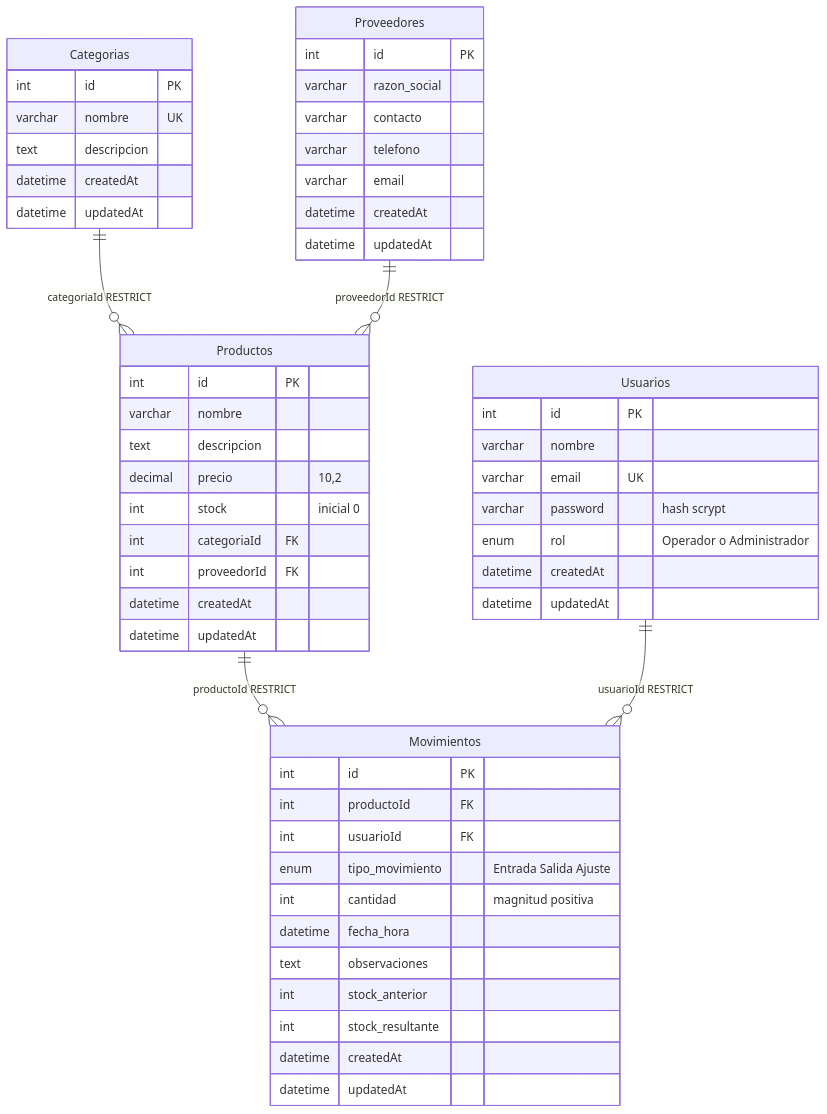
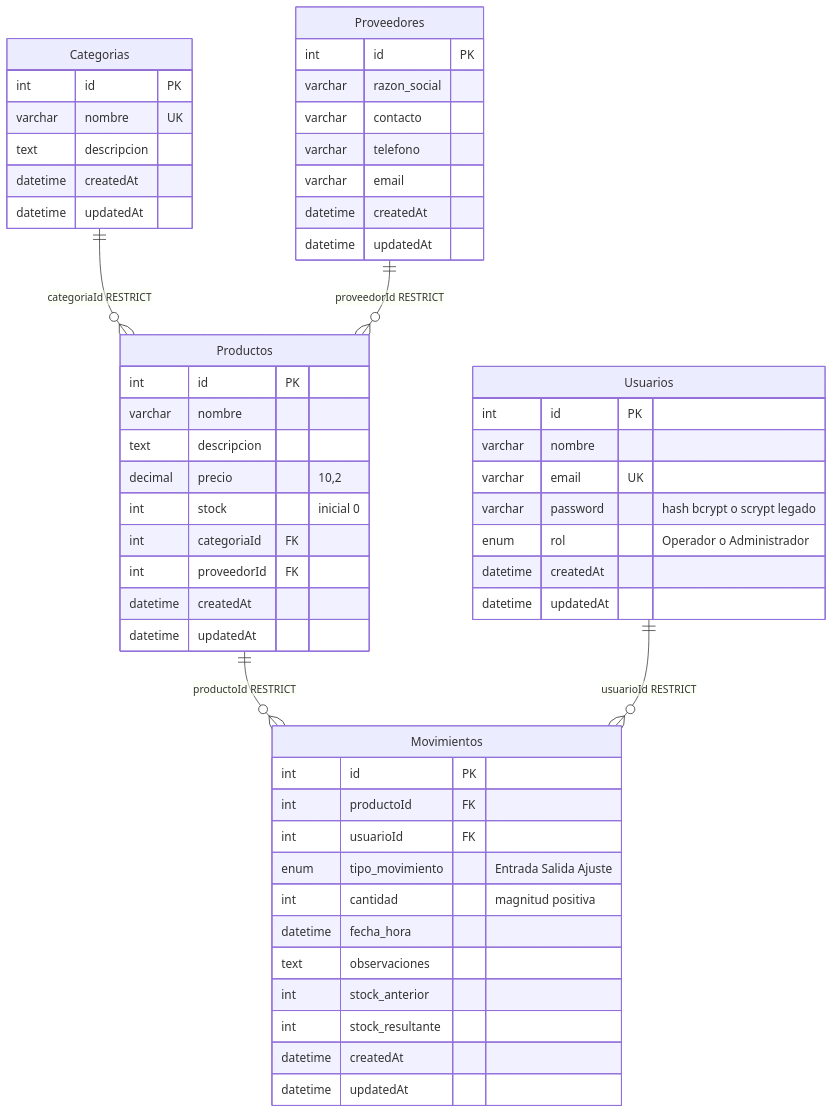
Before and after one commit to tItAnIc-45/MyAPI: the diagram in docs/DER.md, drawn with Mermaid. The commit also changed 20 other files, not shown here.

````diff
--- a/docs/DER.md
+++ b/docs/DER.md
@@ -9,56 +9,56 @@
 ```mermaid
 erDiagram
     Categorias ||--o{ Productos : "categoriaId RESTRICT"
     Proveedores ||--o{ Productos : "proveedorId RESTRICT"
     Productos ||--o{ Movimientos : "productoId RESTRICT"
     Usuarios ||--o{ Movimientos : "usuarioId RESTRICT"
     Categorias {
         int id PK
         varchar nombre UK
         text descripcion
         datetime createdAt
         datetime updatedAt
     }
     Proveedores {
         int id PK
         varchar razon_social
         varchar contacto
         varchar telefono
         varchar email
         datetime createdAt
         datetime updatedAt
     }
     Productos {
         int id PK
         varchar nombre
         text descripcion
         decimal precio "10,2"
         int stock "inicial 0"
         int categoriaId FK
         int proveedorId FK
         datetime createdAt
         datetime updatedAt
     }
     Usuarios {
         int id PK
         varchar nombre
         varchar email UK
-        varchar password "hash scrypt"
+        varchar password "hash bcrypt o scrypt legado"
         enum rol "Operador o Administrador"
         datetime createdAt
         datetime updatedAt
     }
     Movimientos {
         int id PK
         int productoId FK
         int usuarioId FK
         enum tipo_movimiento "Entrada Salida Ajuste"
         int cantidad "magnitud positiva"
         datetime fecha_hora
         text observaciones
         int stock_anterior
         int stock_resultante
         datetime createdAt
         datetime updatedAt
     }
 ```
````
